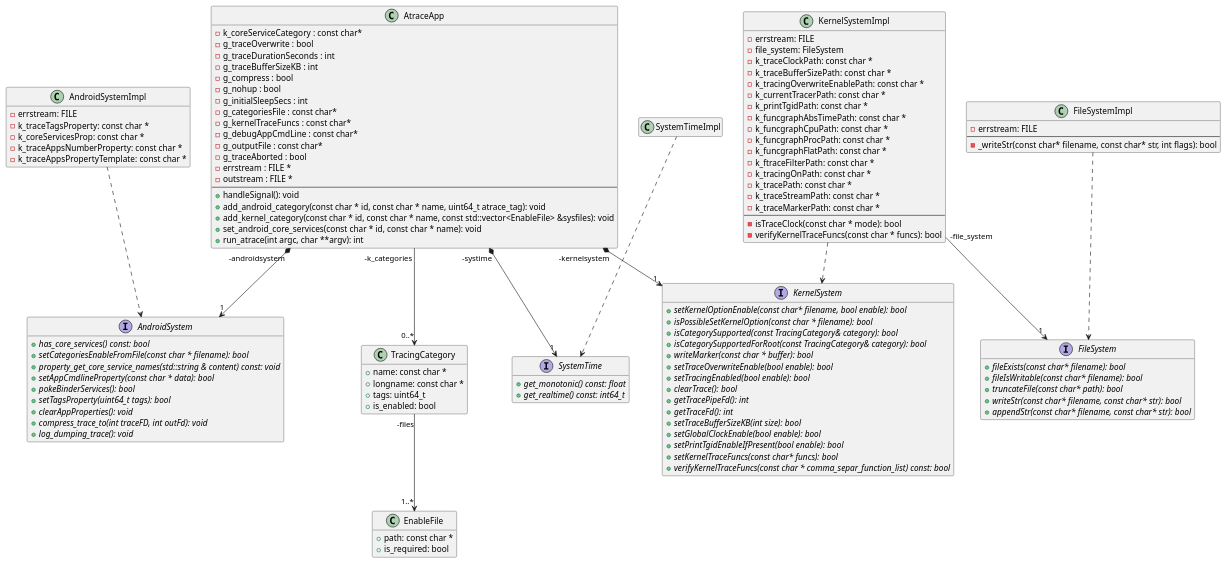
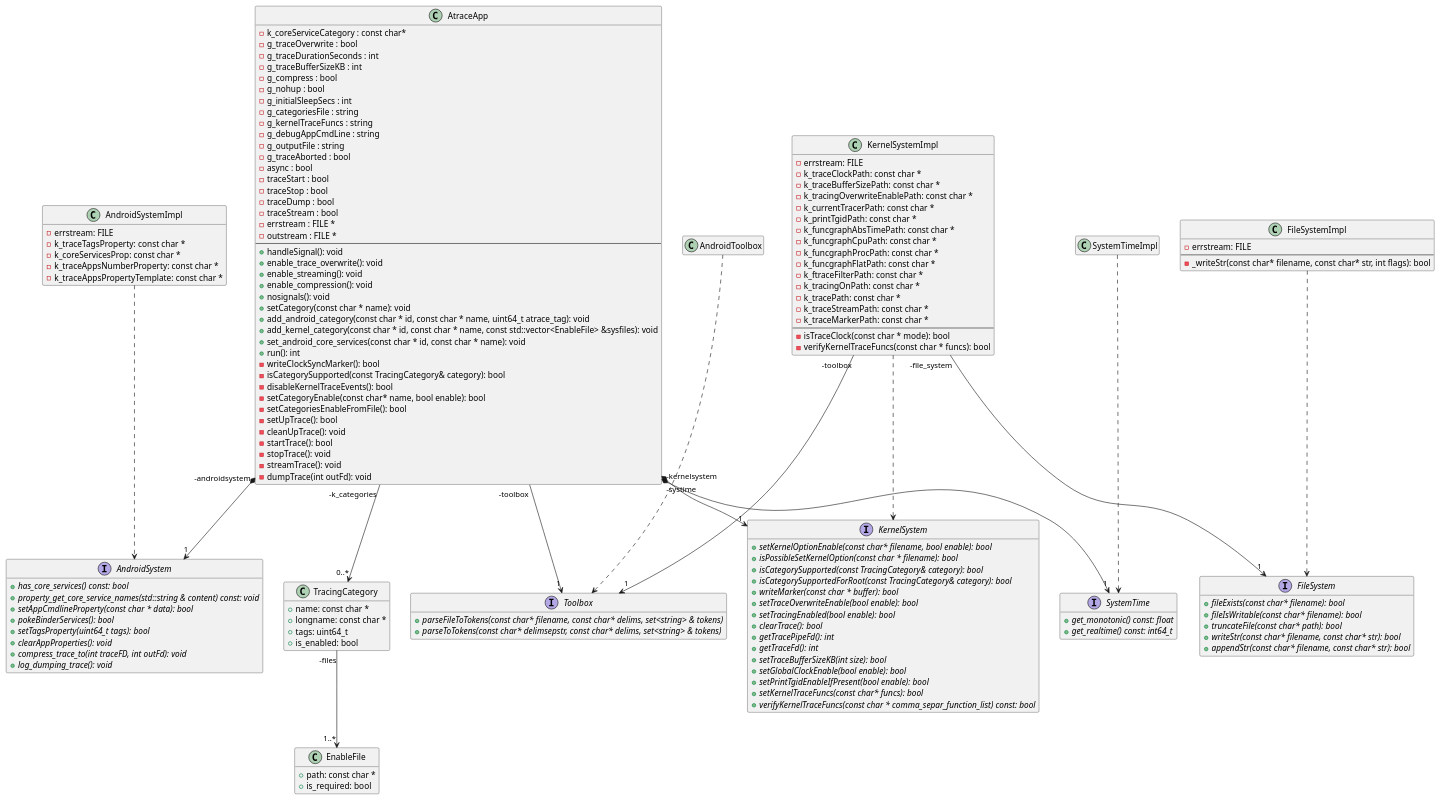
The diagram in docs/design/class_atrace.puml (littlewhywhat/extrace), drawn with PlantUML before and after one commit. The commit also changed 15 other files, not shown here.

```diff
--- a/docs/design/class_atrace.puml
+++ b/docs/design/class_atrace.puml
@@ -1,145 +1,179 @@
 @startuml
 
 class AtraceApp {
   - k_coreServiceCategory : const char*
   - g_traceOverwrite : bool
   - g_traceDurationSeconds : int
   - g_traceBufferSizeKB : int
   - g_compress : bool
   - g_nohup : bool
   - g_initialSleepSecs : int
-  - g_categoriesFile : const char*
-  - g_kernelTraceFuncs : const char*
-  - g_debugAppCmdLine : const char*
-  - g_outputFile : const char*
+  - g_categoriesFile : string
+  - g_kernelTraceFuncs : string
+  - g_debugAppCmdLine : string
+  - g_outputFile : string
   - g_traceAborted : bool
+  - async : bool
+  - traceStart : bool
+  - traceStop : bool
+  - traceDump : bool
+  - traceStream : bool
   - errstream : FILE *
   - outstream : FILE *
   --
   + handleSignal(): void
+  + enable_trace_overwrite(): void
+  + enable_streaming(): void
+  + enable_compression(): void
+  + nosignals(): void
+  + setCategory(const char * name): void
   + add_android_category(const char * id, const char * name, uint64_t atrace_tag): void
   + add_kernel_category(const char * id, const char * name, const std::vector<EnableFile> &sysfiles): void
   + set_android_core_services(const char * id, const char * name): void
-  + run_atrace(int argc, char **argv): int
+  + run(): int
+  - writeClockSyncMarker(): bool 
+  - isCategorySupported(const TracingCategory& category): bool 
+  - disableKernelTraceEvents(): bool 
+  - setCategoryEnable(const char* name, bool enable): bool 
+  - setCategoriesEnableFromFile(): bool 
+  - setUpTrace(): bool 
+  - cleanUpTrace(): void 
+  - startTrace(): bool 
+  - stopTrace(): void 
+  - streamTrace(): void 
+  - dumpTrace(int outFd): void 
 }
 
 AtraceApp "-androidsystem" *-->"1" AndroidSystem
 AtraceApp "-kernelsystem" *-->"1" KernelSystem
 AtraceApp "-systime" *-->"1" SystemTime
 AtraceApp "-k_categories " -->"0..*" TracingCategory
+AtraceApp "-toolbox " -->"1" Toolbox
 
 interface KernelSystem {
   + {abstract} setKernelOptionEnable(const char* filename, bool enable): bool
   + {abstract} isPossibleSetKernelOption(const char * filename): bool
   + {abstract} isCategorySupported(const TracingCategory& category): bool
   + {abstract} isCategorySupportedForRoot(const TracingCategory& category): bool
   + {abstract} writeMarker(const char * buffer): bool
   + {abstract} setTraceOverwriteEnable(bool enable): bool
   + {abstract} setTracingEnabled(bool enable): bool
   + {abstract} clearTrace(): bool
   + {abstract} getTracePipeFd(): int
   + {abstract} getTraceFd(): int
   + {abstract} setTraceBufferSizeKB(int size): bool
   + {abstract} setGlobalClockEnable(bool enable): bool
   + {abstract} setPrintTgidEnableIfPresent(bool enable): bool
   + {abstract} setKernelTraceFuncs(const char* funcs): bool
   + {abstract} verifyKernelTraceFuncs(const char * comma_separ_function_list) const: bool
 }
 hide KernelSystem fields
 
 interface AndroidSystem {
   + {abstract} has_core_services() const: bool
-  + {abstract} setCategoriesEnableFromFile(const char * filename): bool
   + {abstract} property_get_core_service_names(std::string & content) const: void
   + {abstract} setAppCmdlineProperty(const char * data): bool
   + {abstract} pokeBinderServices(): bool
   + {abstract} setTagsProperty(uint64_t tags): bool
   + {abstract} clearAppProperties(): void
   + {abstract} compress_trace_to(int traceFD, int outFd): void
   + {abstract} log_dumping_trace(): void
 }
 hide AndroidSystem fields
 
 interface SystemTime {
   + {abstract} get_monotonic() const: float
   + {abstract} get_realtime() const: int64_t
 }
 hide SystemTime fields
 
 class TracingCategory {
   + name: const char *
   + longname: const char *
   + tags: uint64_t
   + is_enabled: bool
 }
 hide TracingCategory methods
 
 TracingCategory "-files" --> "1..*" EnableFile
 
 class EnableFile {
   + path: const char *
   + is_required: bool
 }
 hide EnableFile methods
 
 class KernelSystemImpl {
   - errstream: FILE
-  - file_system: FileSystem
   - k_traceClockPath: const char *
   - k_traceBufferSizePath: const char *
   - k_tracingOverwriteEnablePath: const char *
   - k_currentTracerPath: const char *
   - k_printTgidPath: const char *
   - k_funcgraphAbsTimePath: const char *
   - k_funcgraphCpuPath: const char *
   - k_funcgraphProcPath: const char *
   - k_funcgraphFlatPath: const char *
   - k_ftraceFilterPath: const char *
   - k_tracingOnPath: const char *
   - k_tracePath: const char *
   - k_traceStreamPath: const char *
   - k_traceMarkerPath: const char *
   --
   - isTraceClock(const char * mode): bool
   - verifyKernelTraceFuncs(const char * funcs): bool
 }
 
 KernelSystemImpl ..> KernelSystem
 KernelSystemImpl "-file_system" --> "1" FileSystem
+KernelSystemImpl "-toolbox" --> "1" Toolbox
 
 interface FileSystem {
   + {abstract} fileExists(const char* filename): bool
   + {abstract} fileIsWritable(const char* filename): bool
   + {abstract} truncateFile(const char* path): bool
   + {abstract} writeStr(const char* filename, const char* str): bool
   + {abstract} appendStr(const char* filename, const char* str): bool
 }
 hide FileSystem fields
 
 class FileSystemImpl {
   - errstream: FILE
   --
   - _writeStr(const char* filename, const char* str, int flags): bool
 }
 
 FileSystemImpl ..> FileSystem
 
 class AndroidSystemImpl {
   - errstream: FILE
   - k_traceTagsProperty: const char *
   - k_coreServicesProp: const char *
   - k_traceAppsNumberProperty: const char *
   - k_traceAppsPropertyTemplate: const char *
 }
 hide AndroidSystemImpl methods
 
 AndroidSystemImpl ..> AndroidSystem
 
 class SystemTimeImpl {
 }
 hide SystemTimeImpl methods
 hide SystemTimeImpl fields
 
 SystemTimeImpl ..> SystemTime
 
+interface Toolbox {
+  + {abstract} parseFileToTokens(const char* filename, const char* delims, set<string> & tokens)
+  + {abstract} parseToTokens(const char* delimsepstr, const char* delims, set<string> & tokens)
+}
+hide Toolbox fields
+
+class AndroidToolbox {
+}
+hide AndroidToolbox fields
+hide AndroidToolbox methods
+
+AndroidToolbox ..> Toolbox
+
 @enduml
```
